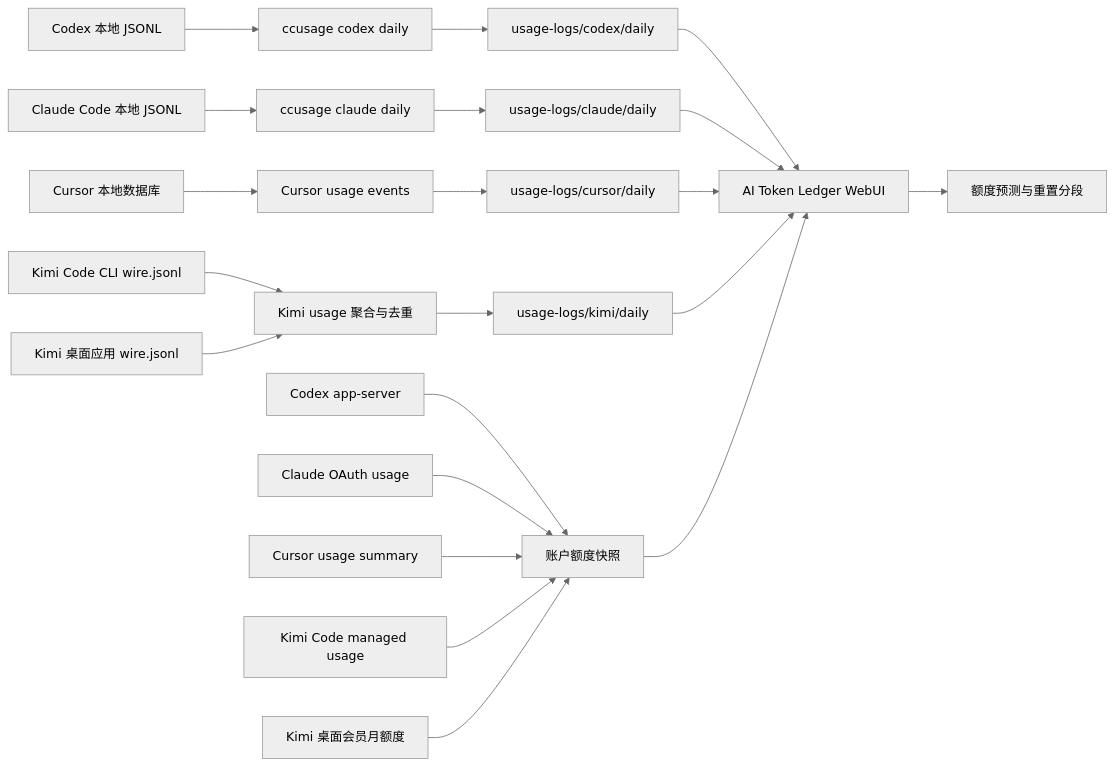
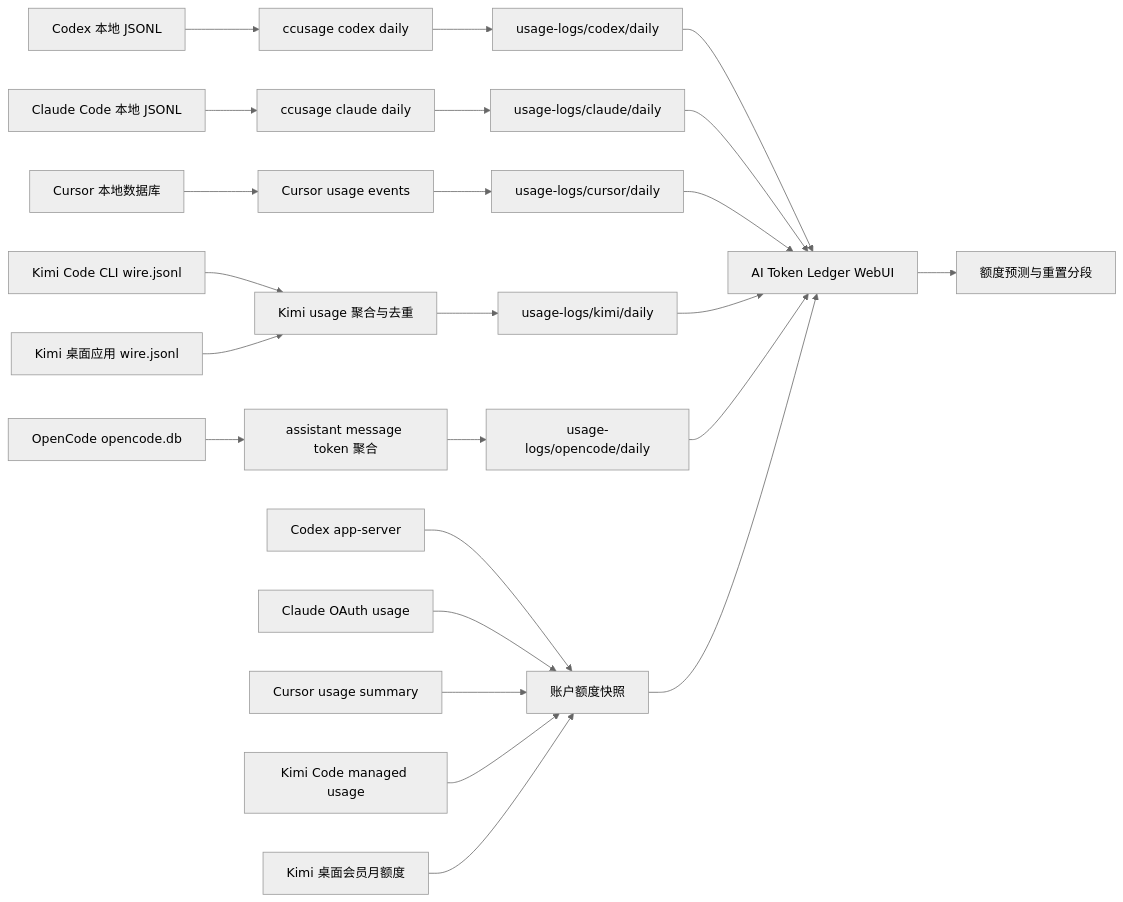
Before and after one commit to Flowfangfei/codex_token_visualization: the diagram in README.md, drawn with Mermaid (neutral theme). The commit also changed other lines of this file and 14 other files, not shown here.

Commit message:
Add OpenCode usage and provider visibility settings

````diff
--- a/README.md
+++ b/README.md
@@ -115,23 +136,26 @@
 ```mermaid
 flowchart LR
   A[Codex 本地 JSONL] --> B[ccusage codex daily]
   C[Claude Code 本地 JSONL] --> D[ccusage claude daily]
   E[Cursor 本地数据库] --> F[Cursor usage events]
   P[Kimi Code CLI wire.jsonl] --> Q[Kimi usage 聚合与去重]
   T[Kimi 桌面应用 wire.jsonl] --> Q
+  V[OpenCode opencode.db] --> W[assistant message token 聚合]
   B --> G[usage-logs/codex/daily]
   D --> H[usage-logs/claude/daily]
   F --> I[usage-logs/cursor/daily]
   Q --> R[usage-logs/kimi/daily]
+  W --> X[usage-logs/opencode/daily]
   G --> J[AI Token Ledger WebUI]
   H --> J
   I --> J
   R --> J
+  X --> J
   K[Codex app-server] --> L[账户额度快照]
   M[Claude OAuth usage] --> L
   N[Cursor usage summary] --> L
   S[Kimi Code managed usage] --> L
   U[Kimi 桌面会员月额度] --> L
   L --> J
   J --> O[额度预测与重置分段]
 ```
````
